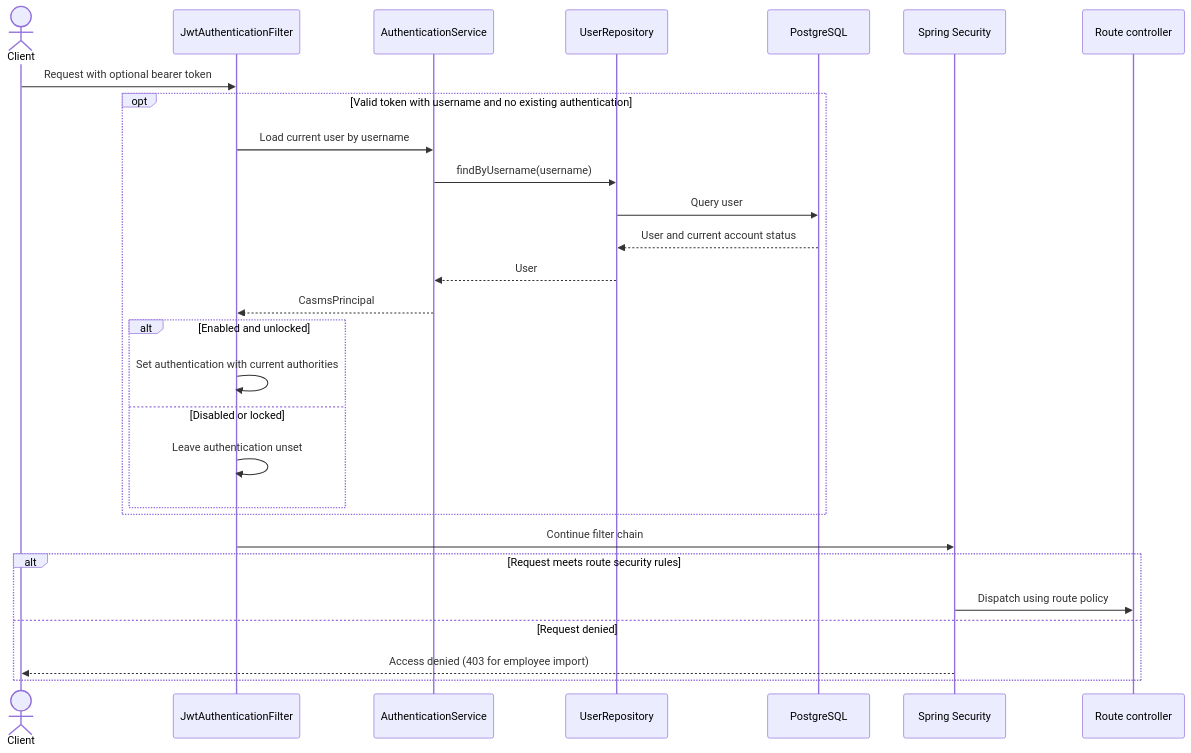
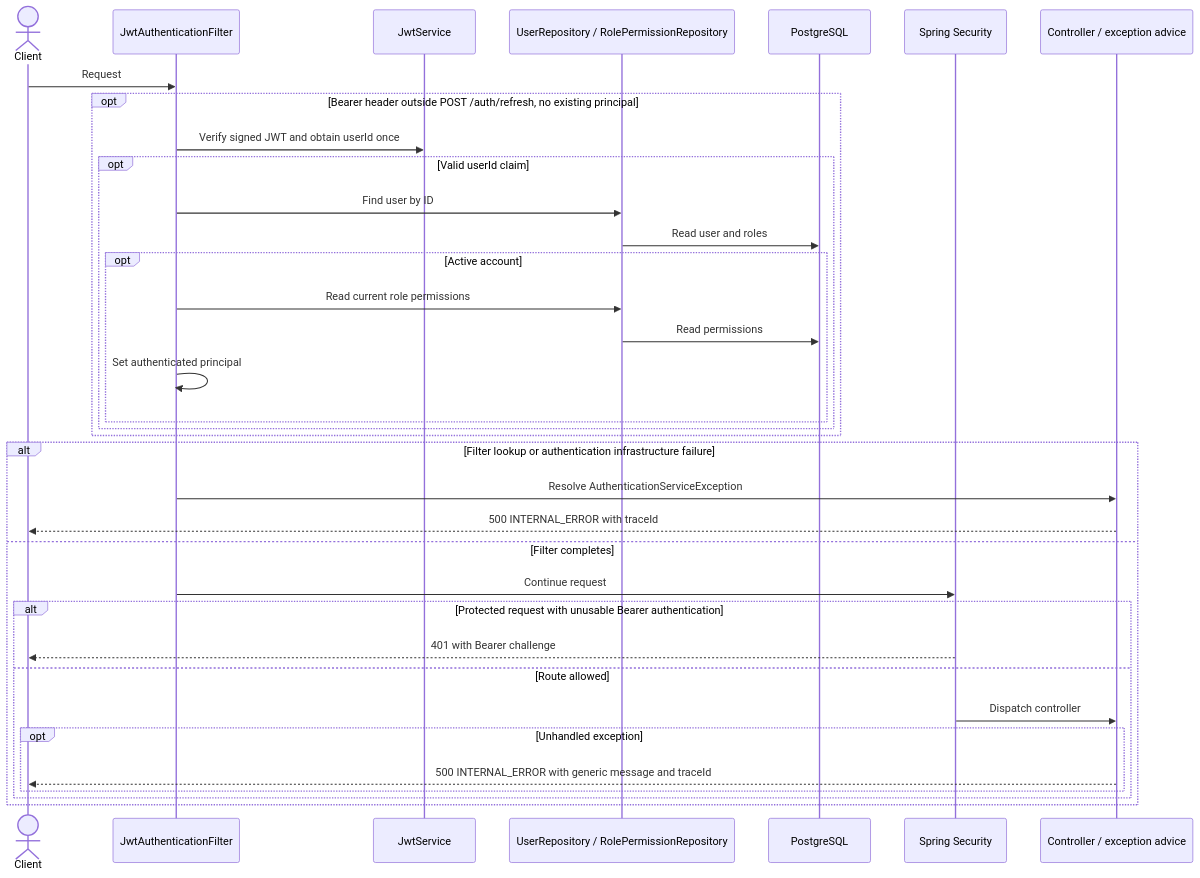
Before and after one commit to ShiroSs00/CASMS_Backend: the diagram in docs/sequence-diagrams/BEARER-AUTHENTICATION.md, drawn with Mermaid. The commit also changed other lines of this file and 20 other files, not shown here.

Commit message:
fix(auth): harden login and JWT account validation

````diff
--- a/docs/sequence-diagrams/BEARER-AUTHENTICATION.md
+++ b/docs/sequence-diagrams/BEARER-AUTHENTICATION.md
@@ -5,30 +7,38 @@
 ```mermaid
 sequenceDiagram
     actor Client
     participant Filter as JwtAuthenticationFilter
-    participant Users as AuthenticationService
-    participant Repository as UserRepository
+    participant JWT as JwtService
+    participant Repo as UserRepository / RolePermissionRepository
     participant DB as PostgreSQL
     participant Security as Spring Security
-    participant API as Route controller
-    Client->>Filter: Request with optional bearer token
-    opt Valid token with username and no existing authentication
-        Filter->>Users: Load current user by username
-        Users->>Repository: findByUsername(username)
-        Repository->>DB: Query user
-        DB-->>Repository: User and current account status
-        Repository-->>Users: User
-        Users-->>Filter: CasmsPrincipal
-        alt Enabled and unlocked
-            Filter->>Filter: Set authentication with current authorities
-        else Disabled or locked
-            Filter->>Filter: Leave authentication unset
+    participant MVC as Controller / exception advice
+
+    Client->>Filter: Request
+    opt Bearer header outside POST /auth/refresh, no existing principal
+        Filter->>JWT: Verify signed JWT and obtain userId once
+        opt Valid userId claim
+            Filter->>Repo: Find user by ID
+            Repo->>DB: Read user and roles
+            opt Active account
+                Filter->>Repo: Read current role permissions
+                Repo->>DB: Read permissions
+                Filter->>Filter: Set authenticated principal
+            end
         end
     end
-    Filter->>Security: Continue filter chain
-    alt Request meets route security rules
-        Security->>API: Dispatch using route policy
-    else Request denied
-        Security-->>Client: Access denied (403 for employee import)
+    alt Filter lookup or authentication infrastructure failure
+        Filter->>MVC: Resolve AuthenticationServiceException
+        MVC-->>Client: 500 INTERNAL_ERROR with traceId
+    else Filter completes
+        Filter->>Security: Continue request
+        alt Protected request with unusable Bearer authentication
+            Security-->>Client: 401 with Bearer challenge
+        else Route allowed
+            Security->>MVC: Dispatch controller
+            opt Unhandled exception
+                MVC-->>Client: 500 INTERNAL_ERROR with generic message and traceId
+            end
+        end
     end
 ```
````
